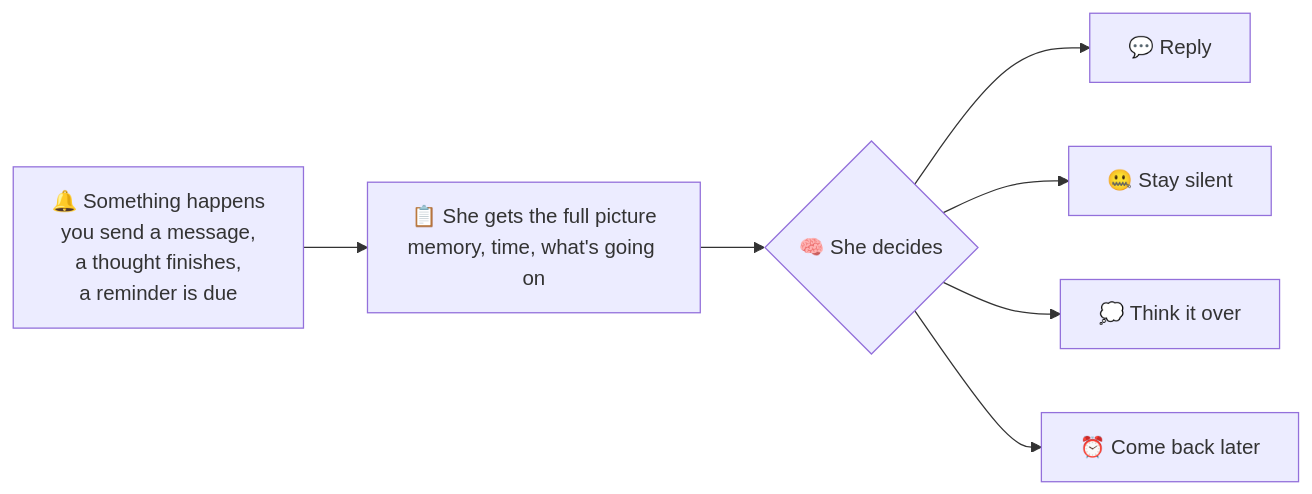
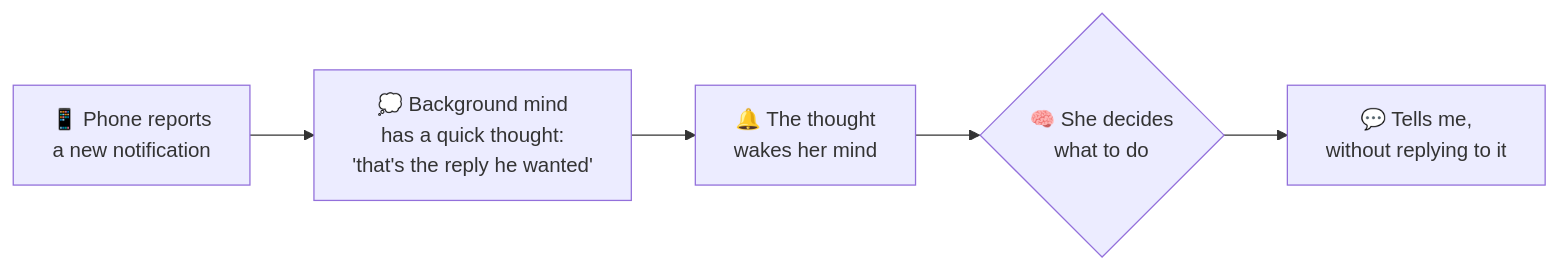
Before and after one commit to vingilbee/jophiel: the first of 8 diagrams in README.md, drawn with Mermaid. The commit also changed other lines of this file, not shown here.

````diff
--- a/README.md
+++ b/README.md
@@ -64,9 +53,7 @@
 ```mermaid
 flowchart LR
-    A["🔔 Something happens<br/>you send a message,<br/>a thought finishes,<br/>a reminder is due"] --> B["📋 She gets the full picture<br/>memory, time, what's going on"]
-    B --> C{"🧠 She decides"}
-    C --> D["💬 Reply"]
-    C --> E["🤐 Stay silent"]
-    C --> F["💭 Think it over"]
-    C --> G["⏰ Come back later"]
+    A["📱 Phone reports<br/>a new notification"] --> B["💭 Background mind<br/>has a quick thought:<br/>'that's the reply he wanted'"]
+    B --> C["🔔 The thought<br/>wakes her mind"]
+    C --> D{"🧠 She decides<br/>what to do"}
+    D --> E["💬 Tells me,<br/>without replying to it"]
 ```
````
